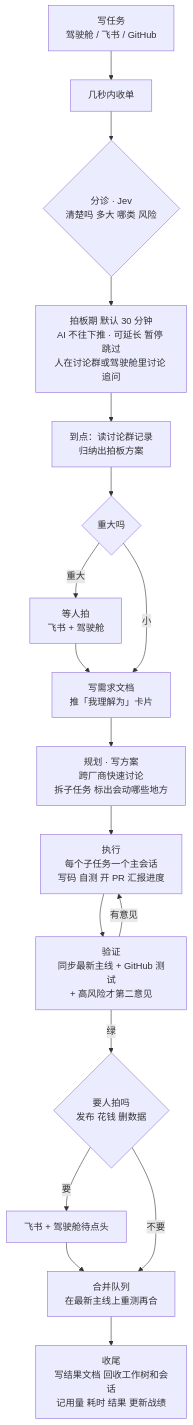
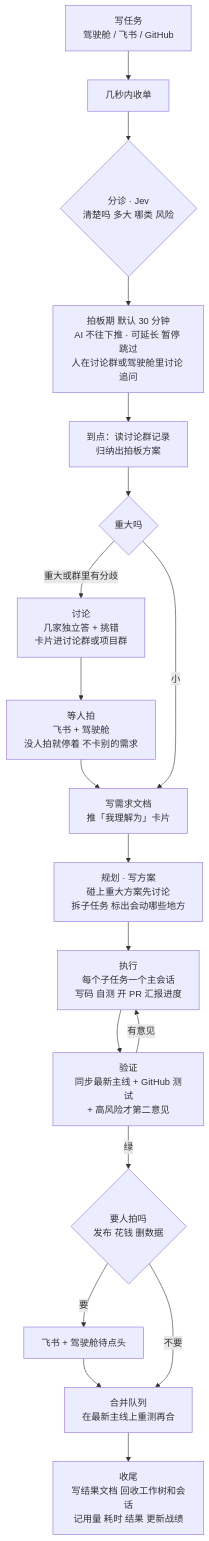
Before and after one commit to thoerwink8/fleet-dao: the second of 2 diagrams in docs/design.md, drawn with Mermaid. The commit also changed other lines of this file and 5 other files, not shown here.

````diff
--- a/docs/design.md
+++ b/docs/design.md
@@ -174,18 +174,18 @@
 ```mermaid
 flowchart TD
   N[写任务<br/>驾驶舱 / 飞书 / GitHub] --> R[几秒内收单]
   R --> TR{分诊 · Jev<br/>清楚吗 多大 哪类 风险}
   TR --> W[拍板期 默认 30 分钟<br/>AI 不往下推 · 可延长 暂停 跳过<br/>人在讨论群或驾驶舱里讨论 追问]
   W --> SUM[到点：读讨论群记录<br/>归纳出拍板方案]
   SUM --> BIG{重大吗}
-  BIG -- 重大 --> HB[等人拍<br/>飞书 + 驾驶舱] --> S
+  BIG -- 重大或群里有分歧 --> DI[讨论<br/>几家独立答 + 挑错<br/>卡片进讨论群或项目群] --> HB[等人拍<br/>飞书 + 驾驶舱<br/>没人拍就停着 不卡别的需求] --> S
   BIG -- 小 --> S[写需求文档<br/>推「我理解为」卡片]
-  S --> P[规划 · 写方案<br/>跨厂商快速讨论<br/>拆子任务 标出会动哪些地方]
+  S --> P[规划 · 写方案<br/>碰上重大方案先讨论<br/>拆子任务 标出会动哪些地方]
   P --> X[执行<br/>每个子任务一个主会话<br/>写码 自测 开 PR 汇报进度]
   X --> V[验证<br/>同步最新主线 + GitHub 测试<br/>+ 高风险才第二意见]
   V -- 有意见 --> X
   V -- 绿 --> G{要人拍吗<br/>发布 花钱 删数据}
   G -- 要 --> HN[飞书 + 驾驶舱待点头] --> MQ
   G -- 不要 --> MQ[合并队列<br/>在最新主线上重测再合]
   MQ --> C[收尾<br/>写结果文档 回收工作树和会话<br/>记用量 耗时 结果 更新战绩]
 ```
````
